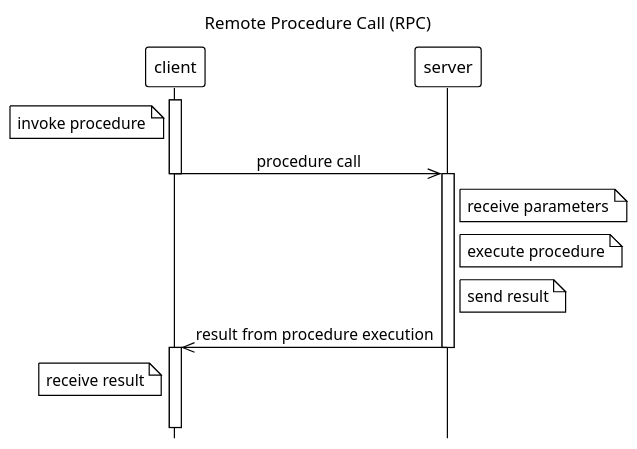
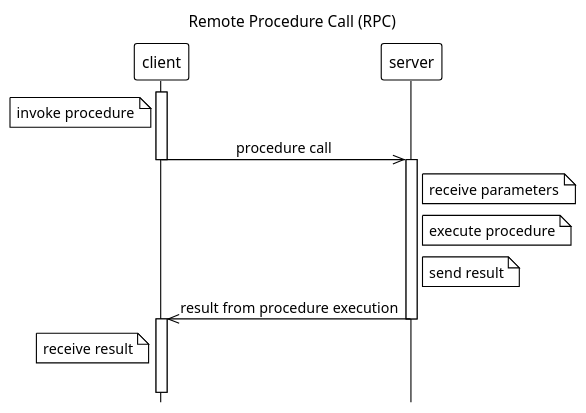
One commit to c0p4c4b4n4/grpc-grpc-java changed the diagram in images/RPC.puml. Above: the diagram before and after it, drawn with PlantUML. The commit also changed 3 other files, not shown here.

```diff
--- a/images/RPC.puml
+++ b/images/RPC.puml
@@ -1,28 +1,28 @@
 @startuml
 !theme mono
-scale 1.2
+scale 1.1
 hide footbox
 title Remote Procedure Call (RPC)
 skinparam TitleFontStyle plain
 skinparam TitleFontSize 14
 skinparam sequenceMessageAlign center
 
 activate client
 note left of client: invoke procedure
 client ->> server : procedure call
 deactivate client
 activate server
 
 note right of server: receive parameters
 note right of server: execute procedure
 note right of server: send result
 
 server ->> client : result from procedure execution
 deactivate server
 activate client
 note left of client: receive result
 
 ||20||
 'client -[#white]->]
 
 @enduml
```
